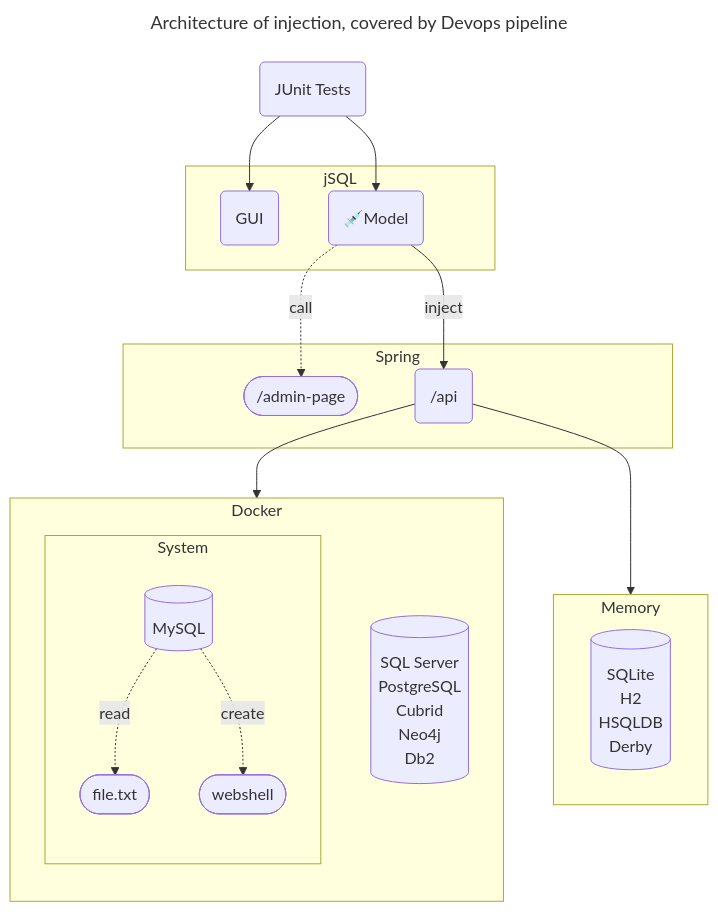
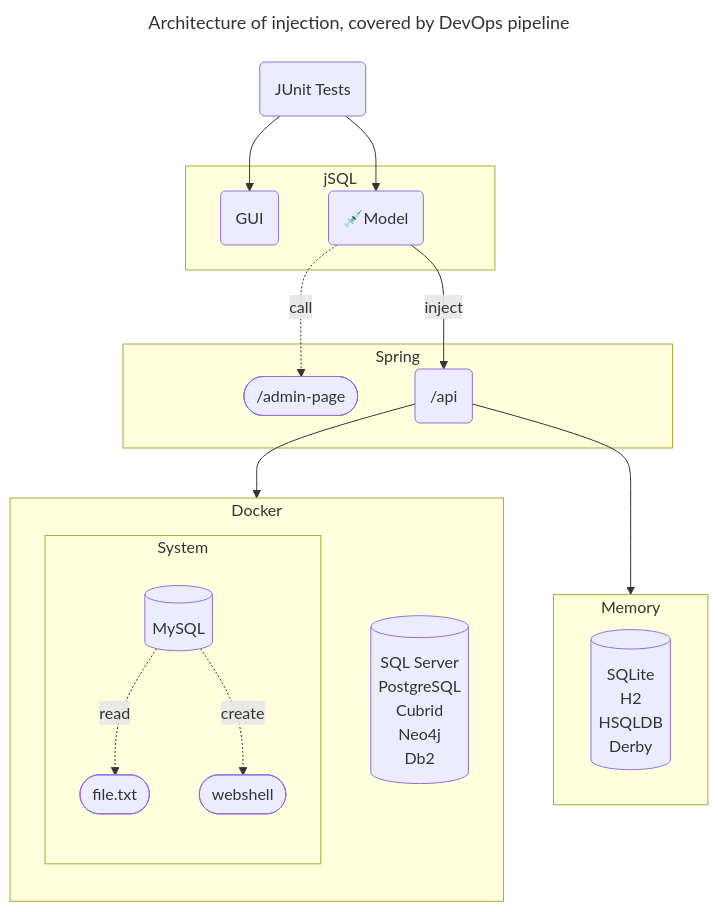
One commit to ron190/jsql-injection changed the diagram in README.md. Above: the diagram before and after it, drawn with Mermaid. The commit also changed 2 other files, not shown here.

Commit message:
Fix LAMP stack hostname

````diff
--- a/README.md
+++ b/README.md
@@ -43,35 +43,35 @@
 ```mermaid
 ---
-title: Architecture of injection, covered by Devops pipeline
+title: Architecture of injection, covered by DevOps pipeline
 ---
 graph
 junit-test(JUnit Tests)
 subgraph "jSQL"
     gui(GUI)
     inject-model("💉Model")
 end
 subgraph Spring
     admin-page([/admin-page])
     spring-apis(/api)
 end
 subgraph Memory
     memory-other[(SQLite\nH2\nHSQLDB\nDerby)]   
 end
 subgraph Docker
     direction TB
     subgraph System
         direction TB
         mysql[(MySQL)]
         file.txt(["file.txt"])   
         webshell(["webshell"])   
     end   
     docker-other[(SQL Server\nPostgreSQL\nCubrid\nNeo4j\nDb2)]   
 end
 junit-test --> inject-model & gui
 inject-model -. "call" .-> admin-page
 inject-model -- inject --> spring-apis
 spring-apis --> Docker
 spring-apis --> Memory
 mysql -. read .-> file.txt
 mysql -. create .-> webshell
 ```
````
